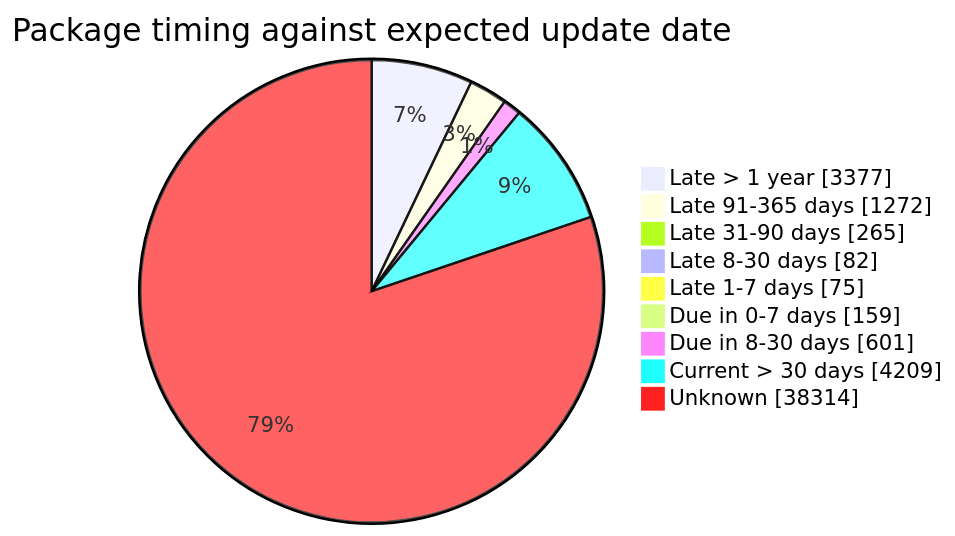
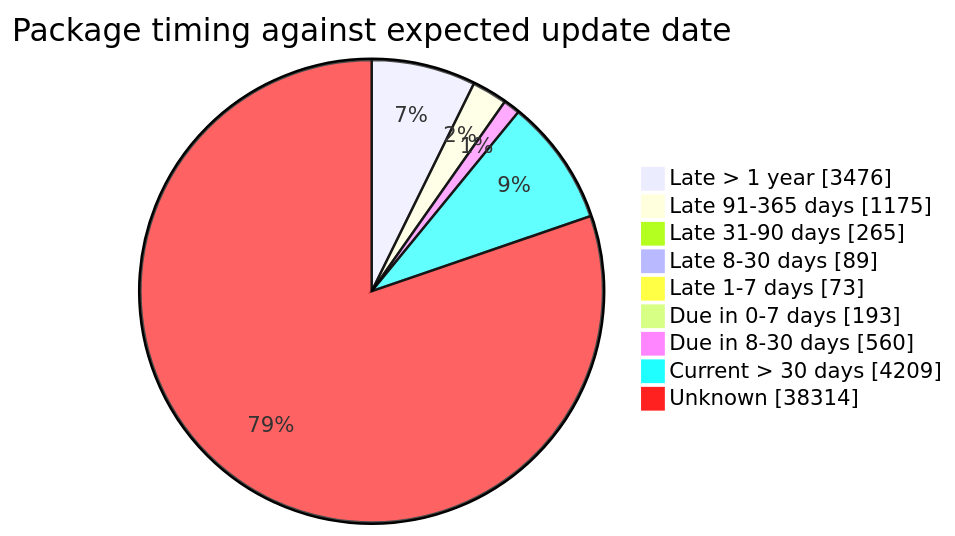
The fourth of 5 diagrams in FreshCheck/README.md (open-data/analytics-corporate-reporting), drawn with Mermaid before and after one commit. The commit also changed other lines of this file and 3 other files, not shown here.

````diff
--- a/FreshCheck/README.md
+++ b/FreshCheck/README.md
@@ -86,12 +86,12 @@
 ```mermaid
 pie showData title Package timing against expected update date
-    "Late > 1 year": 3377
-    "Late 91-365 days": 1272
+    "Late > 1 year": 3476
+    "Late 91-365 days": 1175
     "Late 31-90 days": 265
-    "Late 8-30 days": 82
-    "Late 1-7 days": 75
-    "Due in 0-7 days": 159
-    "Due in 8-30 days": 601
+    "Late 8-30 days": 89
+    "Late 1-7 days": 73
+    "Due in 0-7 days": 193
+    "Due in 8-30 days": 560
     "Current > 30 days": 4209
     "Unknown": 38314
 ```
````
